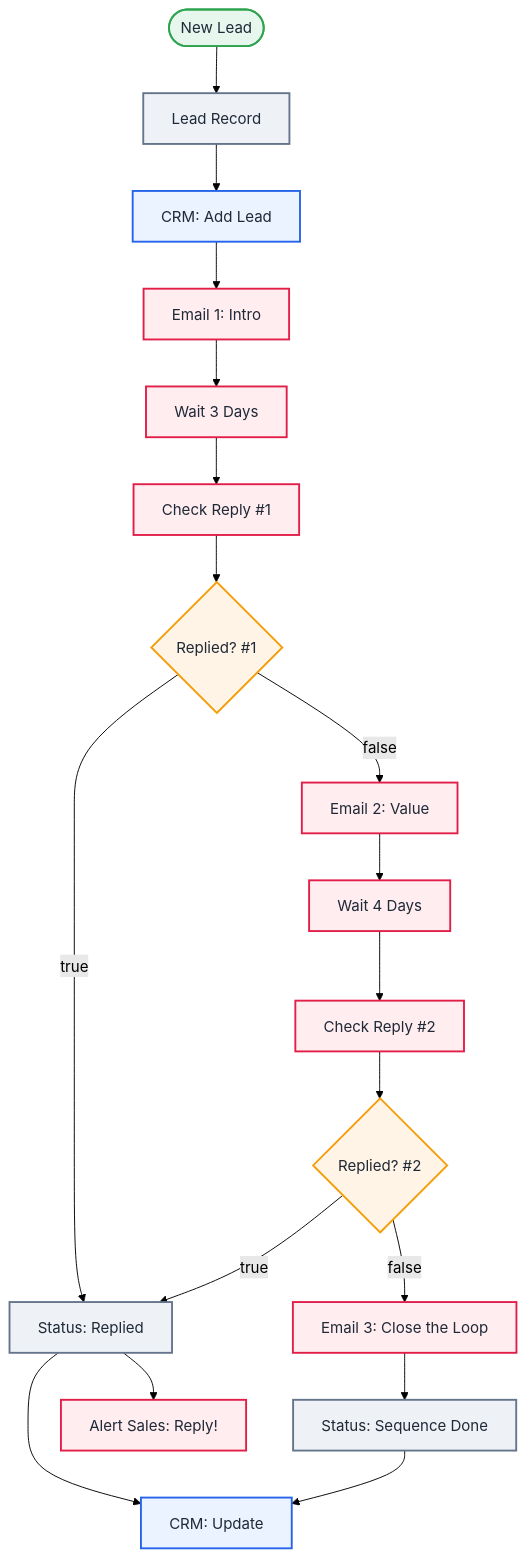
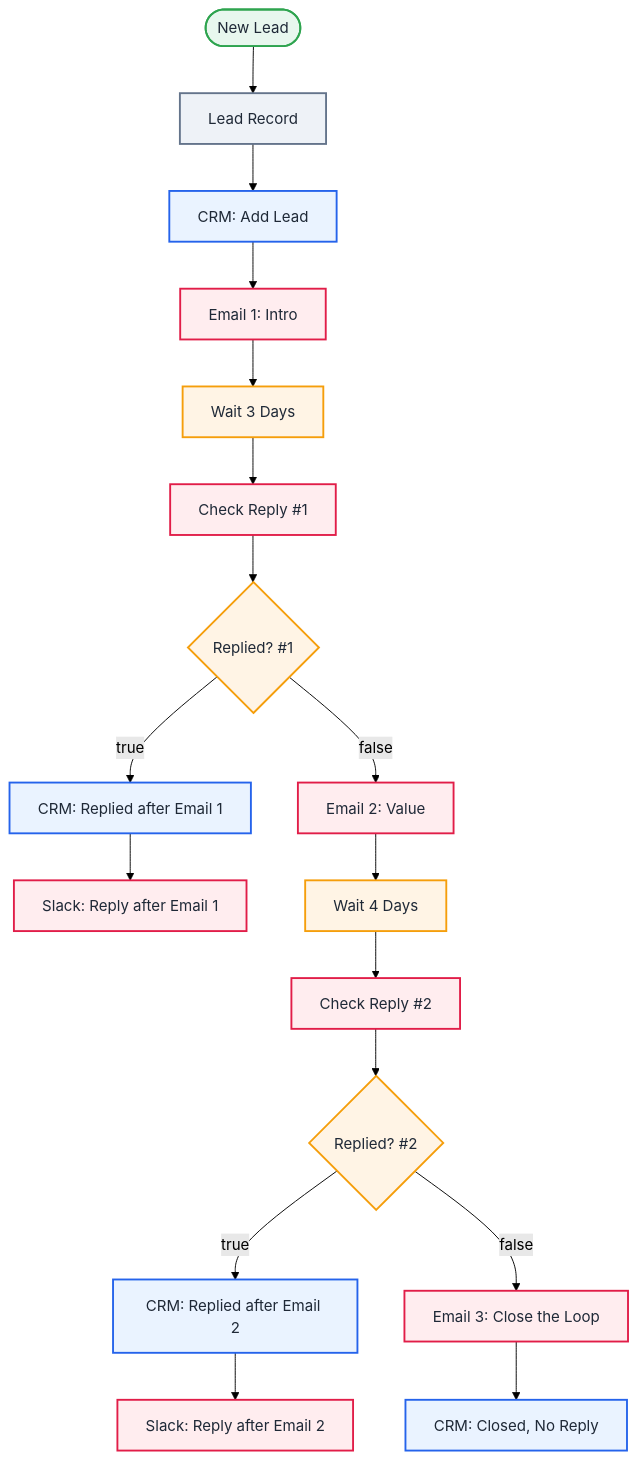
Before and after one commit to callme-siva/n8n-knowledge: the diagram in workflows/P04-sales-followup-sequence/README.md, drawn with Mermaid (forest theme). The commit also changed other lines of this file and 27 other files, not shown here.

````diff
--- a/workflows/P04-sales-followup-sequence/README.md
+++ b/workflows/P04-sales-followup-sequence/README.md
@@ -24,44 +24,44 @@
 ```mermaid
 flowchart TB
   n0(["New Lead"]):::trigger
   n1["Lead Record"]:::code
   n2["CRM: Add Lead"]:::data
   n3["Email 1: Intro"]:::msg
-  n4["Wait 3 Days"]:::msg
+  n4["Wait 3 Days"]:::logic
   n5["Check Reply #1"]:::msg
   n6{"Replied? #1"}:::logic
-  n7["Email 2: Value"]:::msg
-  n8["Wait 4 Days"]:::msg
-  n9["Check Reply #2"]:::msg
-  n10{"Replied? #2"}:::logic
-  n11["Email 3: Close the Loop"]:::msg
-  n12["Status: Replied"]:::code
-  n13["Status: Sequence Done"]:::code
-  n14["CRM: Update"]:::data
-  n15["Alert Sales: Reply!"]:::msg
+  n7["CRM: Replied after Email 1"]:::data
+  n8["Slack: Reply after Email 1"]:::msg
+  n9["Email 2: Value"]:::msg
+  n10["Wait 4 Days"]:::logic
+  n11["Check Reply #2"]:::msg
+  n12{"Replied? #2"}:::logic
+  n13["CRM: Replied after Email 2"]:::data
+  n14["Slack: Reply after Email 2"]:::msg
+  n15["Email 3: Close the Loop"]:::msg
+  n16["CRM: Closed, No Reply"]:::data
+  n7 --> n8
+  n13 --> n14
   n0 --> n1
   n1 --> n2
   n2 --> n3
   n3 --> n4
   n4 --> n5
   n5 --> n6
-  n6 -->|"true"| n12
-  n6 -->|"false"| n7
-  n7 --> n8
-  n8 --> n9
+  n6 -->|"true"| n7
+  n6 -->|"false"| n9
   n9 --> n10
-  n10 -->|"true"| n12
-  n10 -->|"false"| n11
-  n11 --> n13
-  n13 --> n14
-  n12 --> n14
-  n12 --> n15
+  n10 --> n11
+  n11 --> n12
+  n12 -->|"true"| n13
+  n12 -->|"false"| n15
+  n15 --> n16
   classDef trigger fill:#E8F7EE,stroke:#2EA44F,stroke-width:2px,color:#1F2937
   classDef ai fill:#F1EBFF,stroke:#7C3AED,stroke-width:2px,color:#1F2937
   classDef sub fill:#F7F3FF,stroke:#A78BFA,stroke-width:2px,color:#1F2937
   classDef logic fill:#FFF4E5,stroke:#F59E0B,stroke-width:2px,color:#1F2937
   classDef code fill:#EEF2F7,stroke:#64748B,stroke-width:2px,color:#1F2937
   classDef data fill:#EAF3FF,stroke:#2563EB,stroke-width:2px,color:#1F2937
   classDef http fill:#E6FAF8,stroke:#0D9488,stroke-width:2px,color:#1F2937
   classDef msg fill:#FFEDEF,stroke:#E11D48,stroke-width:2px,color:#1F2937
 ```
````
